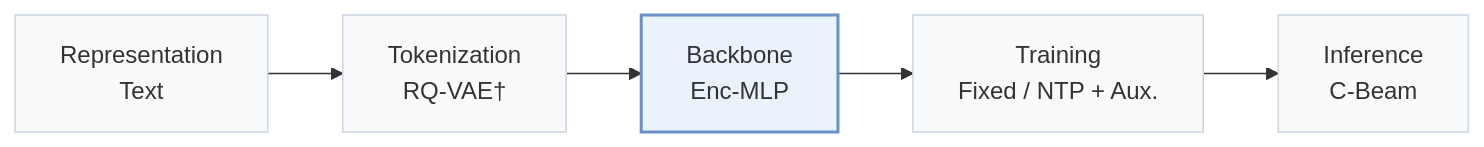
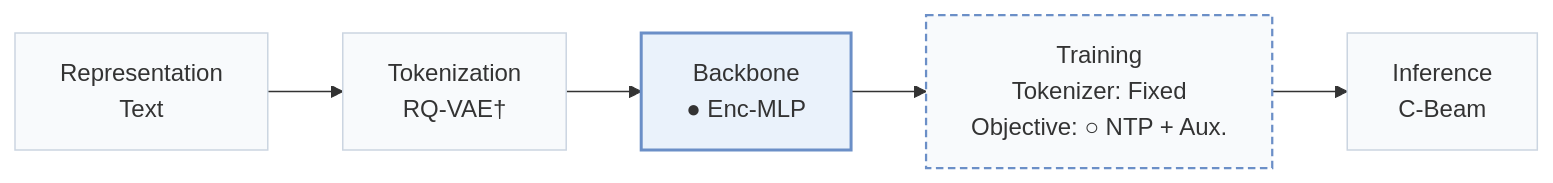
One commit to Galaxy-ghost/Awesome-SID-Generative-Rec changed the first of 2 diagrams in pages/papers/sid-mlp.md. Above: the diagram before and after it, drawn with Mermaid. The commit also changed other lines of this file and 558 other files, not shown here.

````diff
--- a/pages/papers/sid-mlp.md
+++ b/pages/papers/sid-mlp.md
@@ -15,8 +18,10 @@
 ```mermaid
 flowchart LR
-    R["Representation<br/>Text"] --> T["Tokenization<br/>RQ-VAE†"] --> B["Backbone<br/>Enc-MLP"] --> TR["Training<br/>Fixed / NTP + Aux."] --> I["Inference<br/>C-Beam"]
+    R["Representation<br/>Text"] --> T["Tokenization<br/>RQ-VAE†"] --> B["Backbone<br/>● Enc-MLP"] --> TR["Training<br/>Tokenizer: Fixed<br/>Objective: ○ NTP + Aux."] --> I["Inference<br/>C-Beam"]
     classDef base fill:#f8fafc,stroke:#cbd5e1
     class R,T,B,TR,I base
+    classDef other fill:#f8fafc,stroke:#6b8fc7,stroke-width:1.5px,stroke-dasharray:5 3
+    class TR other
     classDef main fill:#eaf2fb,stroke:#6b8fc7,stroke-width:2px
     class B main
 ```
````
